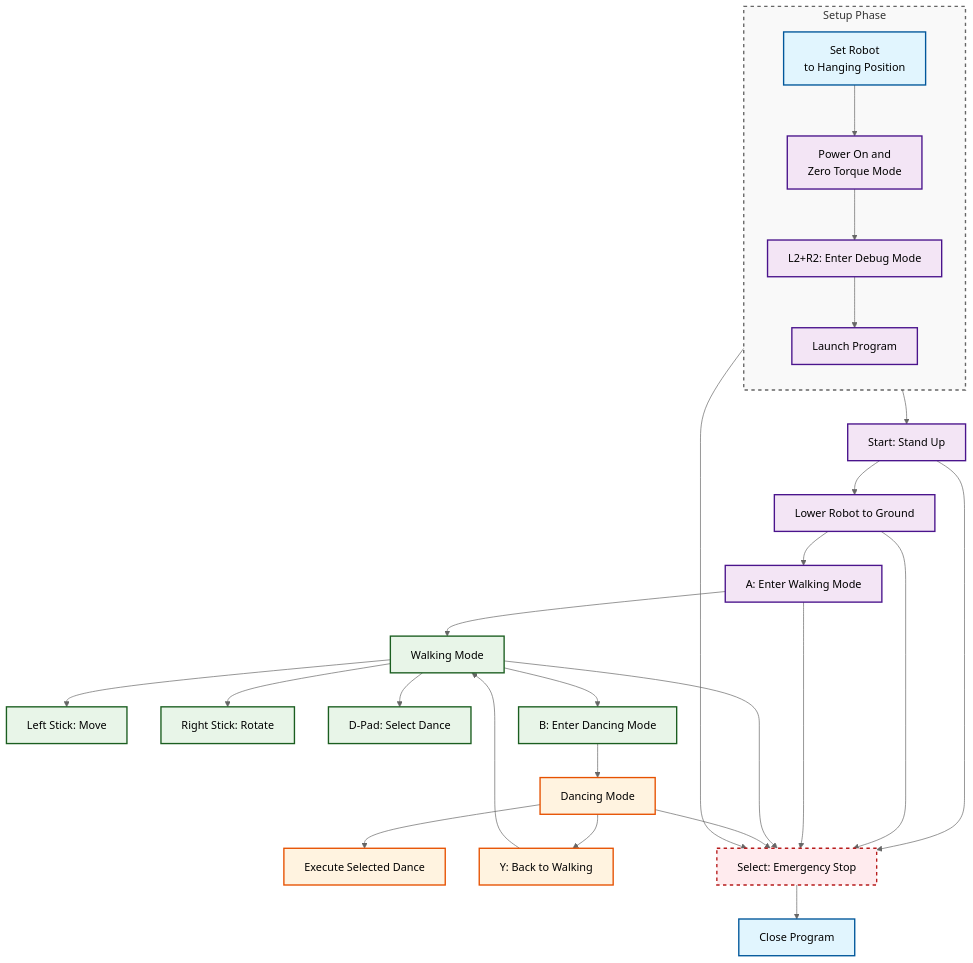
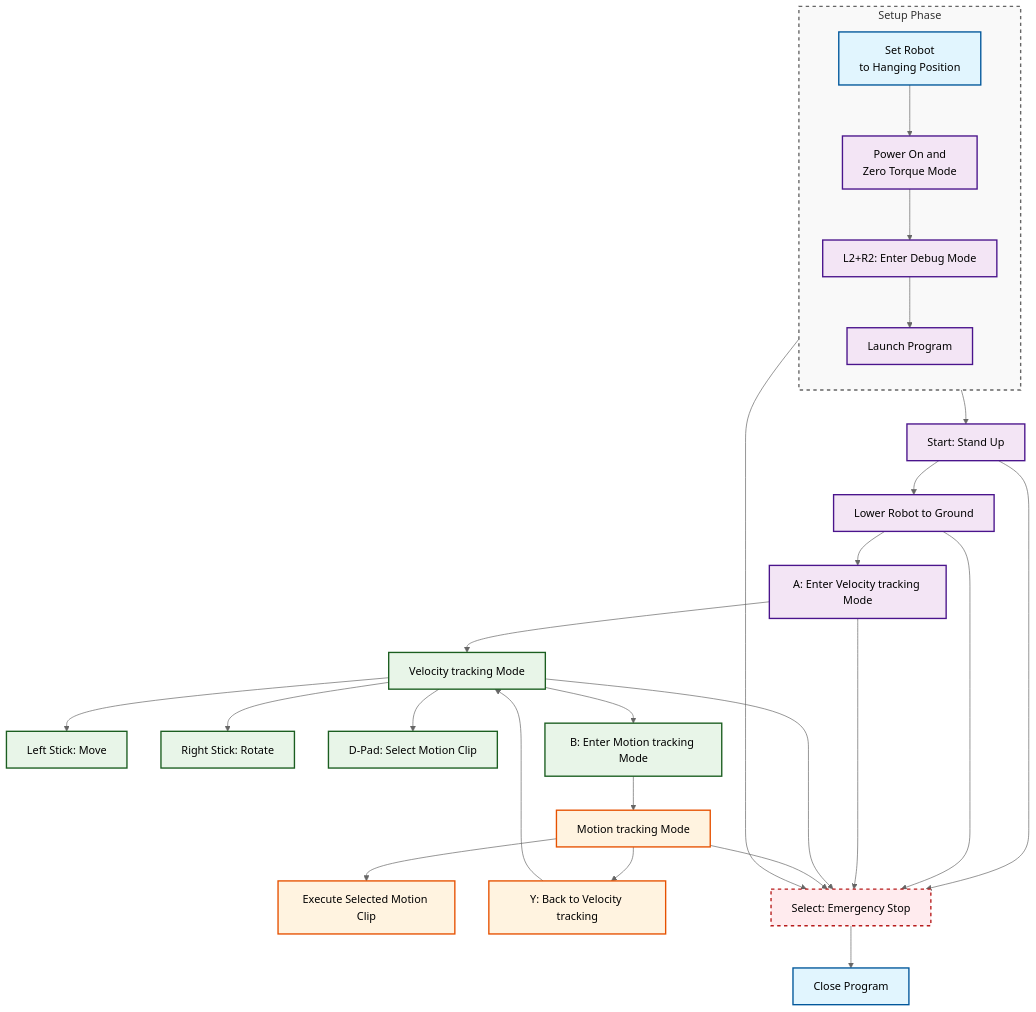
One commit to HorizonRobotics/HoloMotion changed the diagram in docs/realworld_deployment.md. Above: the diagram before and after it, drawn with Mermaid (neutral theme). The commit also changed other lines of this file and 94 other files, not shown here.

````diff
--- a/docs/realworld_deployment.md
+++ b/docs/realworld_deployment.md
@@ -211,52 +194,52 @@
 ```mermaid
 flowchart TD
     subgraph prepPhase ["Setup Phase"]
         direction TB
         A[Set Robot<br/>to Hanging Position] --> B[Power On and<br/>Zero Torque Mode]
         B --> C[L2+R2: Enter Debug Mode]
         C --> D[Launch Program]
     end
-    
+
     %% Main flow
     prepPhase --> E[Start: Stand Up]
     E --> F[Lower Robot to Ground]
-    F --> G[A: Enter Walking Mode]
-    
-    %% Walking mode controls
-    G --> H[Walking Mode]
+    F --> G[A: Enter Velocity tracking Mode]
+
+    %% Velocity tracking mode controls
+    G --> H[Velocity tracking Mode]
     H --> H1[Left Stick: Move]
     H --> H2[Right Stick: Rotate]
-    H --> H3[D-Pad: Select Dance]
-    H --> H4[B: Enter Dancing Mode]
-    
-    %% Dancing mode
-    H4 --> I[Dancing Mode]
-    I --> I1[Execute Selected Dance]
-    I --> I2[Y: Back to Walking]
-    
+    H --> H3[D-Pad: Select Motion Clip]
+    H --> H4[B: Enter Motion tracking Mode]
+
+    %% Motion tracking mode
+    H4 --> I[Motion tracking Mode]
+    I --> I1[Execute Selected Motion Clip]
+    I --> I2[Y: Back to Velocity tracking]
+
     %% Mode switching
     I2 --> H
-    
+
     %% Emergency stop
     D --> N[Select: Emergency Stop]
     E --> N
     F --> N
     G --> N
     H --> N
     I --> N
     N --> O[Close Program]
-    
+
     classDef startEnd fill:#e1f5fe,stroke:#01579b,stroke-width:2px
     classDef control fill:#f3e5f5,stroke:#4a148c,stroke-width:2px
-    classDef walking fill:#e8f5e8,stroke:#1b5e20,stroke-width:2px
-    classDef dancing fill:#fff3e0,stroke:#e65100,stroke-width:2px
+    classDef velocityTracking fill:#e8f5e8,stroke:#1b5e20,stroke-width:2px
+    classDef motionTracking fill:#fff3e0,stroke:#e65100,stroke-width:2px
     classDef emergency fill:#ffebee,stroke:#b71c1c,stroke-width:2px,stroke-dasharray: 5 5
     classDef preparationFrame fill:#f9f9f9,stroke:#666,stroke-width:2px,stroke-dasharray: 5 5
-    
+
     class A,O startEnd
     class B,C,D,E,F,G control
-    class H,H1,H2,H3,H4 walking
-    class I,I1,I2 dancing
+    class H,H1,H2,H3,H4 velocityTracking
+    class I,I1,I2 motionTracking
     class N emergency
     class prepPhase preparationFrame
 ```
````
